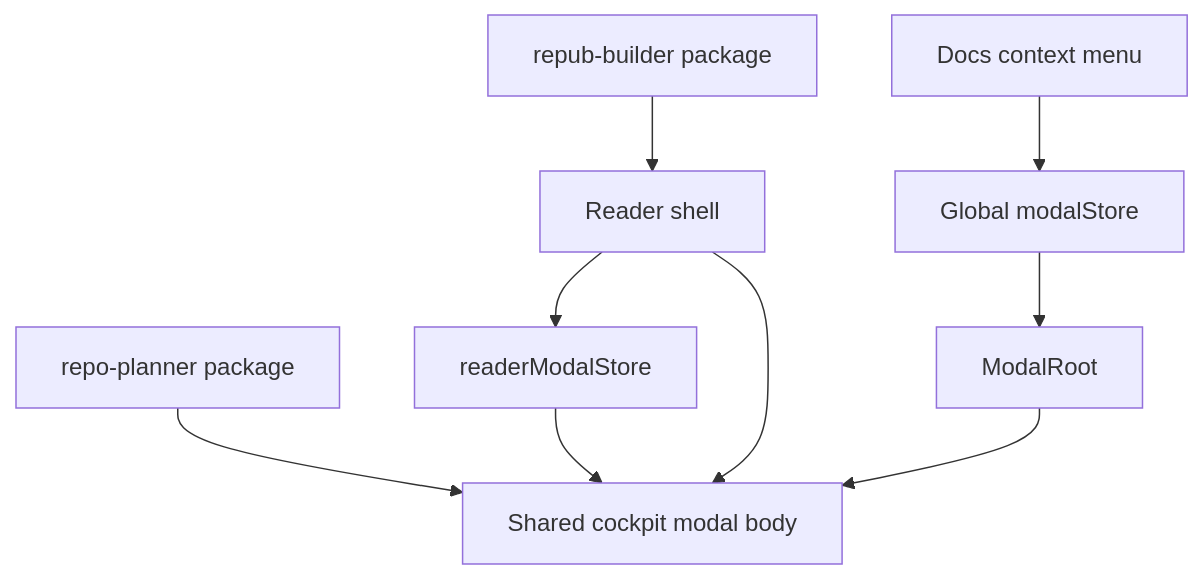
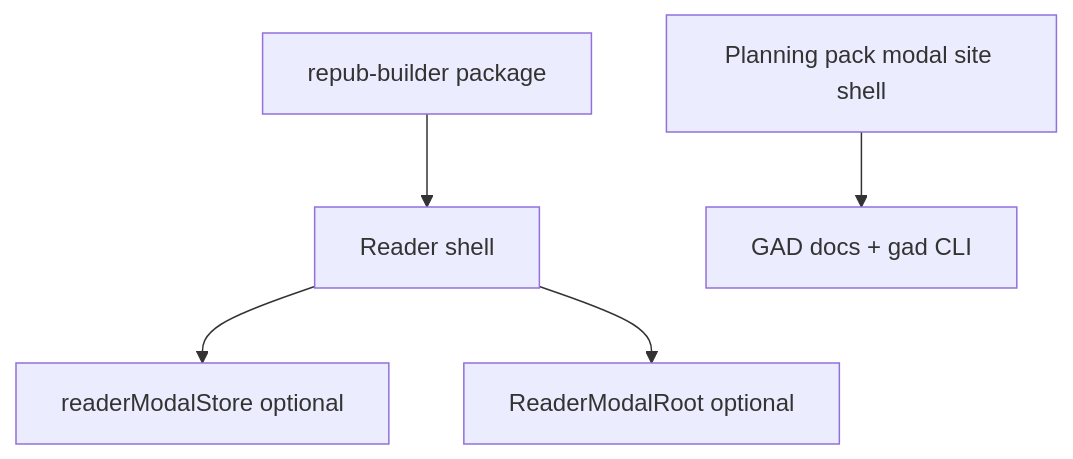
One commit to B2Gdevs/custom_portfolio changed the diagram in apps/portfolio/content/docs/documentation/reader-repo-planner-embed-architecture.mdx. Above: the diagram before and after it, drawn with Mermaid. The commit also changed other lines of this file and 62 other files, not shown here.

First line of the commit message:
feat(portfolio): archive RepoPlanner embed; fork parsers; bump repub-builder

````diff
--- a/apps/portfolio/content/docs/documentation/reader-repo-planner-embed-architecture.mdx
+++ b/apps/portfolio/content/docs/documentation/reader-repo-planner-embed-architecture.mdx
@@ -52,19 +54,13 @@
 ```mermaid
 flowchart TB
-  RP[repo-planner package]
   RB[repub-builder package]
   RS[Reader shell]
-  RMS[readerModalStore]
-  RCM[Shared cockpit modal body]
-  GMS[Global modalStore]
-  MR[ModalRoot]
-  DOCS[Docs context menu]
+  RMS[readerModalStore optional]
+  RMR[ReaderModalRoot optional]
+  PP[Planning pack modal site shell]
+  GAD[GAD docs + gad CLI]
   RB --> RS
   RS --> RMS
-  RS --> RCM
-  RP --> RCM
-  GMS --> MR
-  MR --> RCM
-  DOCS --> GMS
-  RMS --> RCM
+  RS --> RMR
+  PP --> GAD
 ```
````
